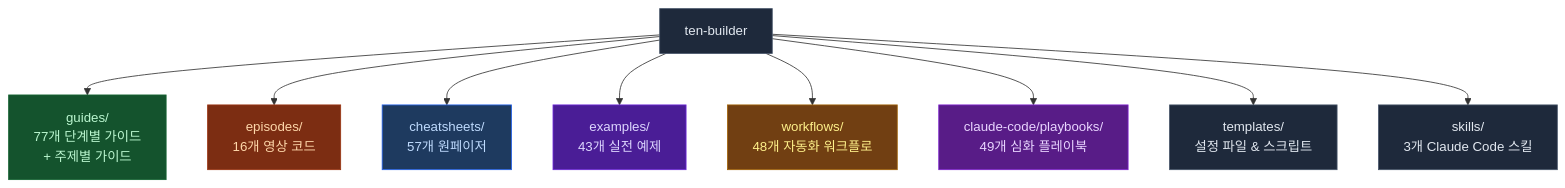
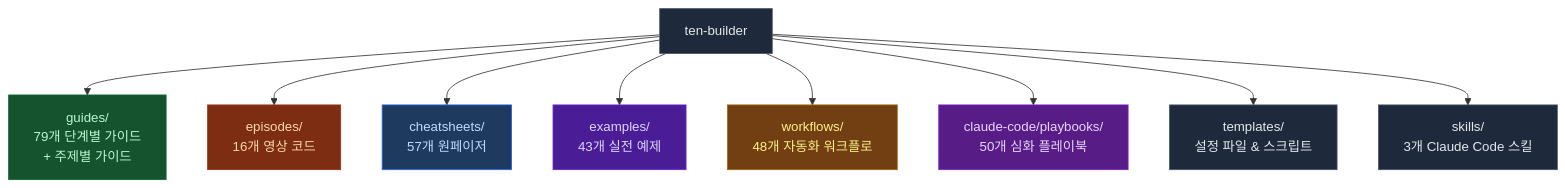
One commit to ten-builder/ten-builder changed the first of 2 diagrams in README.md. Above: the diagram before and after it, drawn with Mermaid. The commit also changed other lines of this file, not shown here.

Commit message:
docs: README sync -- guides 78-79, workflows 112/117, playbooks 57-58, cheatsheets

````diff
--- a/README.md
+++ b/README.md
@@ -23,21 +23,21 @@
 ```mermaid
 flowchart TD
-    R["ten-builder"] --> G["guides/\n77개 단계별 가이드\n+ 주제별 가이드"]
+    R["ten-builder"] --> G["guides/\n79개 단계별 가이드\n+ 주제별 가이드"]
     R --> E["episodes/\n16개 영상 코드"]
     R --> C["cheatsheets/\n57개 원페이저"]
     R --> EX["examples/\n43개 실전 예제"]
     R --> W["workflows/\n48개 자동화 워크플로"]
-    R --> P["claude-code/playbooks/\n49개 심화 플레이북"]
+    R --> P["claude-code/playbooks/\n50개 심화 플레이북"]
     R --> T["templates/\n설정 파일 & 스크립트"]
     R --> S["skills/\n3개 Claude Code 스킬"]
 
     style R fill:#1e293b,stroke:#475569,color:#e2e8f0
     style G fill:#14532d,stroke:#166534,color:#bbf7d0
     style E fill:#7c2d12,stroke:#9a3412,color:#fed7aa
     style C fill:#1e3a5f,stroke:#2563eb,color:#bfdbfe
     style EX fill:#4a1d96,stroke:#6d28d9,color:#ddd6fe
     style W fill:#713f12,stroke:#a16207,color:#fef08a
     style P fill:#581c87,stroke:#7e22ce,color:#e9d5ff
     style T fill:#1e293b,stroke:#475569,color:#e2e8f0
     style S fill:#1e293b,stroke:#475569,color:#e2e8f0
 ```
````
